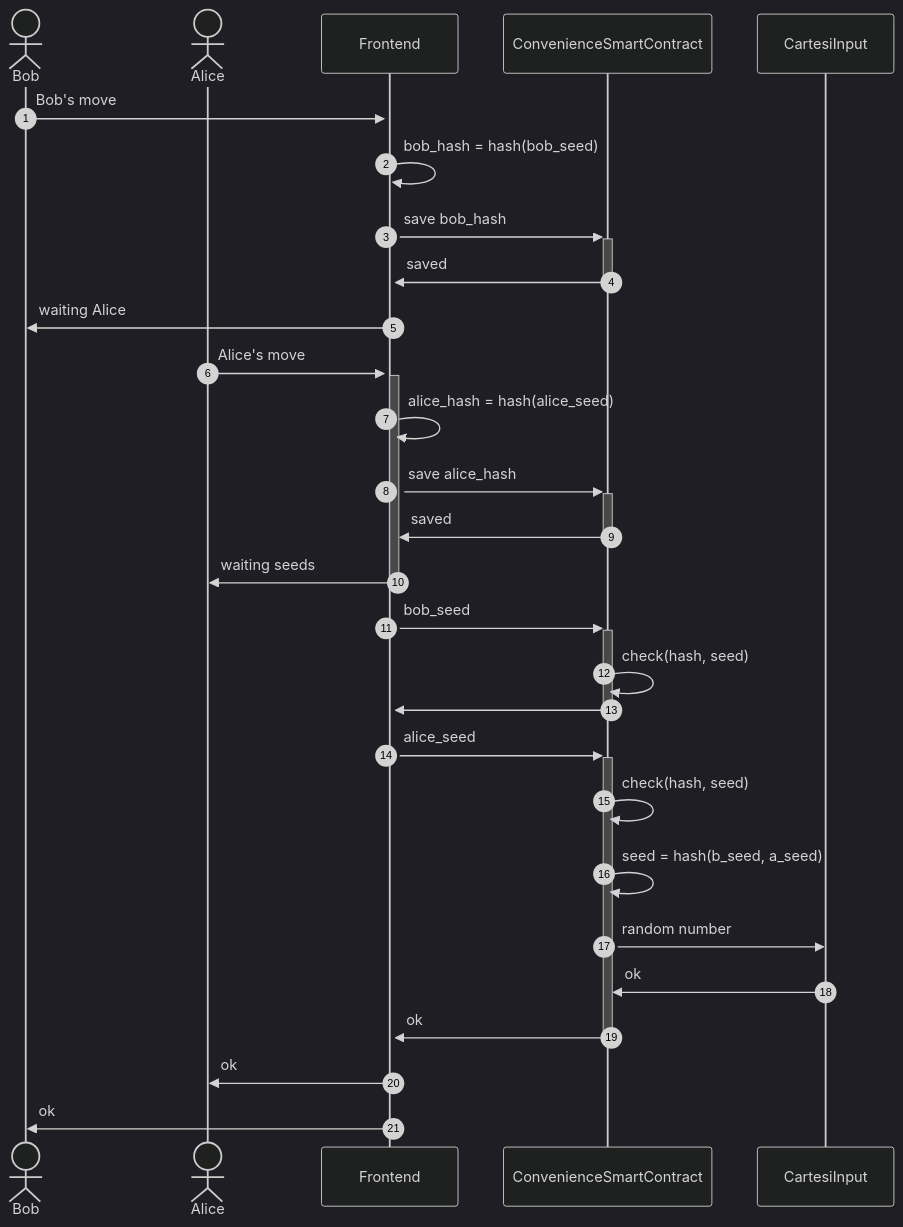
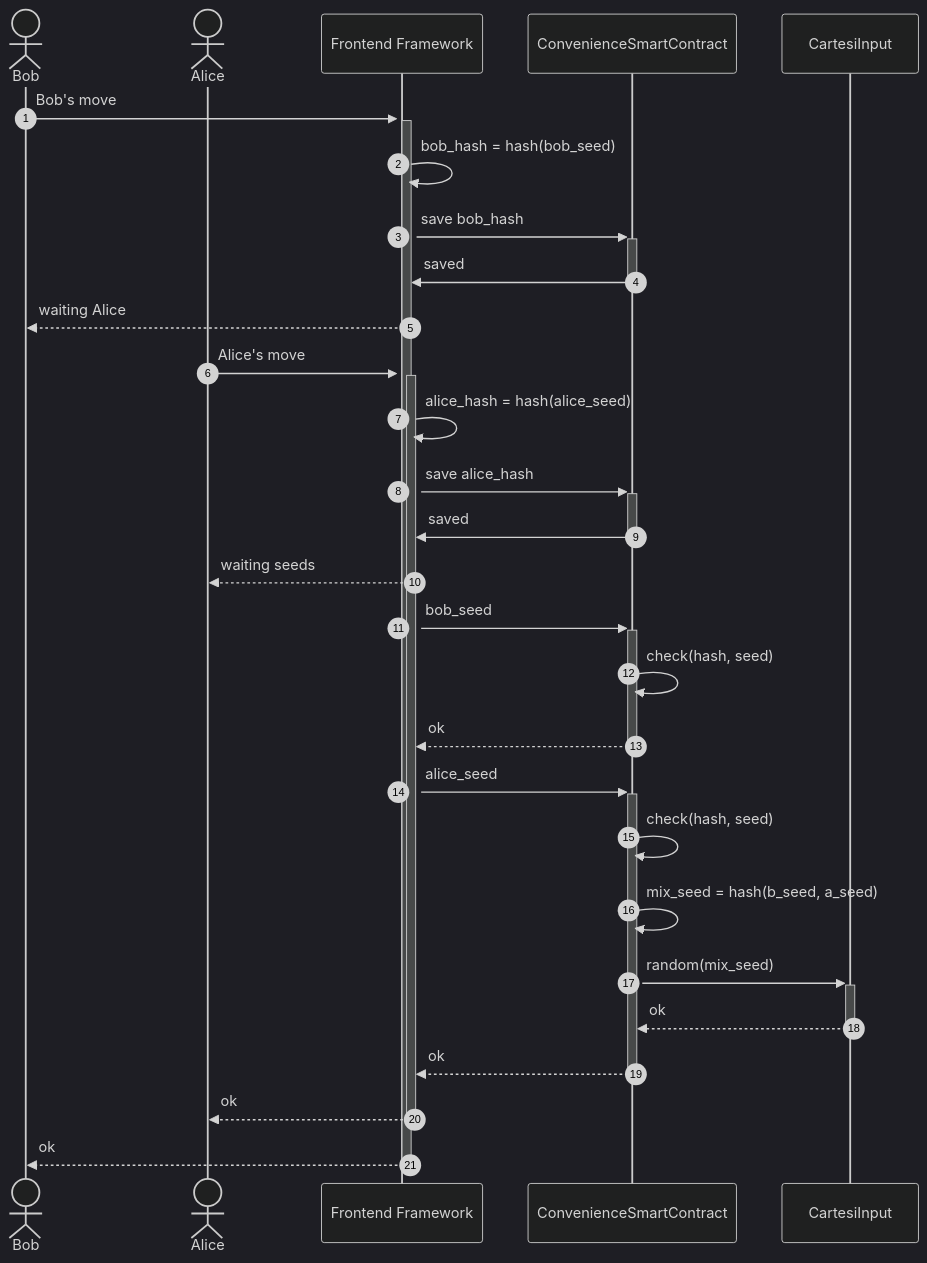
The diagram in proposal-01-PRNG.md (Calindra/cartesi-proposals), drawn with Mermaid before and after one commit.

Commit message:
better sequence diagram

````diff
--- a/proposal-01-PRNG.md
+++ b/proposal-01-PRNG.md
@@ -42,44 +42,49 @@
 ```mermaid
 %%{
   init: {
     "theme": "dark",
     "sequence": {
       "mirrorActors": true,
       "messageAlign": "left"
     }
   }
 }%%
 
 sequenceDiagram
   actor Bob
   actor Alice
+  participant Frontend as Frontend Framework
   autonumber
   Bob->>+Frontend: Bob's move
+  activate Frontend
   Frontend->>Frontend: bob_hash = hash(bob_seed)
   Frontend->>+ConvenienceSmartContract: save bob_hash
   ConvenienceSmartContract->>-Frontend: saved
-  Frontend->>Bob: waiting Alice
+  Frontend-->>Bob: waiting Alice
 
-  Alice->>+Frontend: Alice's move
+  Alice->>Frontend: Alice's move
+  activate Frontend
   Frontend->>Frontend: alice_hash = hash(alice_seed)
   Frontend->>+ConvenienceSmartContract: save alice_hash
   ConvenienceSmartContract->>-Frontend: saved
-  Frontend->>-Alice: waiting seeds
+  Frontend-->>Alice: waiting seeds
 
 
 
   Frontend->>+ConvenienceSmartContract: bob_seed
   ConvenienceSmartContract->>ConvenienceSmartContract: check(hash, seed)
-  ConvenienceSmartContract->>-Frontend: 
+  ConvenienceSmartContract-->>-Frontend: ok
   Frontend->>+ConvenienceSmartContract: alice_seed
   ConvenienceSmartContract->>ConvenienceSmartContract: check(hash, seed)
-  ConvenienceSmartContract->>ConvenienceSmartContract: seed = hash(b_seed, a_seed)
+  ConvenienceSmartContract->>ConvenienceSmartContract: mix_seed = hash(b_seed, a_seed)
   
-  ConvenienceSmartContract->>CartesiInput: random number
-  CartesiInput->>ConvenienceSmartContract: ok
+  ConvenienceSmartContract->>+CartesiInput: random(mix_seed)
+  CartesiInput-->>-ConvenienceSmartContract: ok
 
-  ConvenienceSmartContract->>-Frontend: ok
-  Frontend->>Alice: ok
-  Frontend->>Bob: ok
+  ConvenienceSmartContract-->>-Frontend: ok
+  Frontend-->>Alice: ok
+  deactivate Frontend
+  Frontend-->>Bob: ok
+  deactivate Frontend
 
 ```
````
